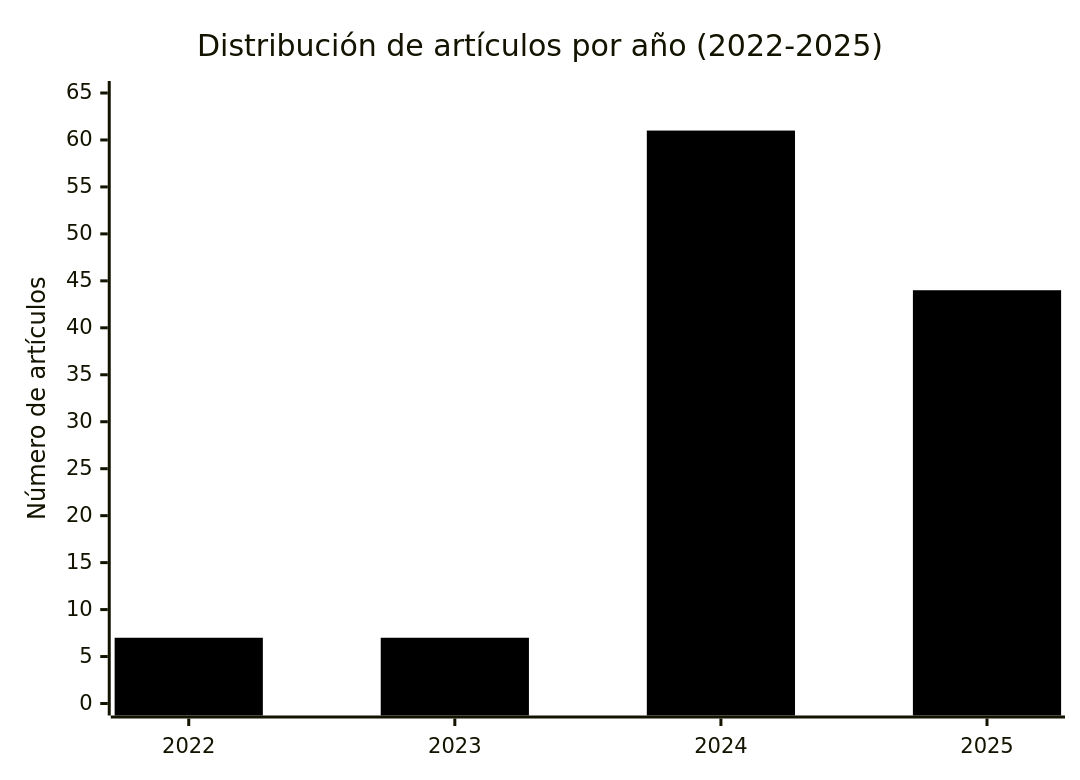
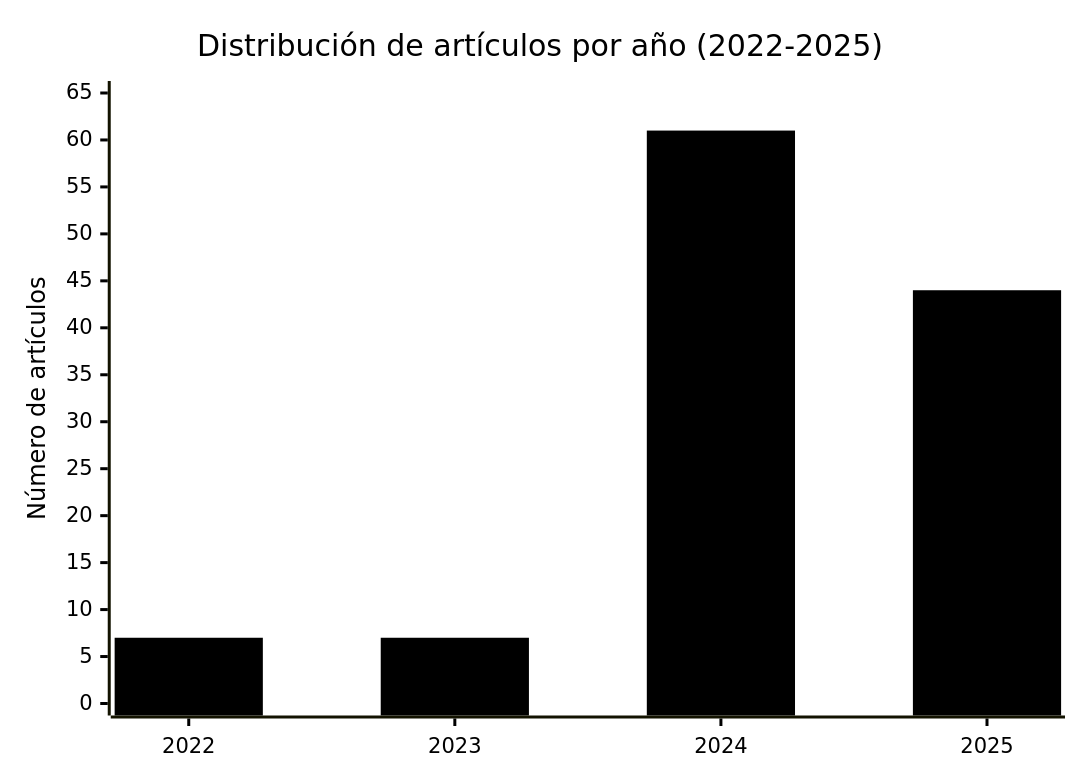
One commit to 686f6c61/llm-synthetic-personality-review changed the diagram in README.md. Above: the diagram before and after it, drawn with Mermaid.

Commit message:
Set all chart text elements to black color
- Added black color for title, axis labels, ticks
- All text should now render in black (#000000)
- Complete black and white chart

````diff
--- a/README.md
+++ b/README.md
@@ -71,14 +71,21 @@
 ```mermaid
 ---
 config:
   themeVariables:
     xyChart:
       backgroundColor: "#ffffff"
+      titleColor: "#000000"
+      xAxisLabelColor: "#000000"
+      xAxisTitleColor: "#000000"
+      xAxisTickColor: "#000000"
+      yAxisLabelColor: "#000000"
+      yAxisTitleColor: "#000000"
+      yAxisTickColor: "#000000"
       plotColorPalette: "#000000, #000000, #000000, #000000"
 ---
 xychart-beta
     title "Distribución de artículos por año (2022-2025)"
     x-axis [2022, 2023, 2024, 2025]
     y-axis "Número de artículos" 0 --> 65
     bar [7, 7, 61, 44]
 ```
````
